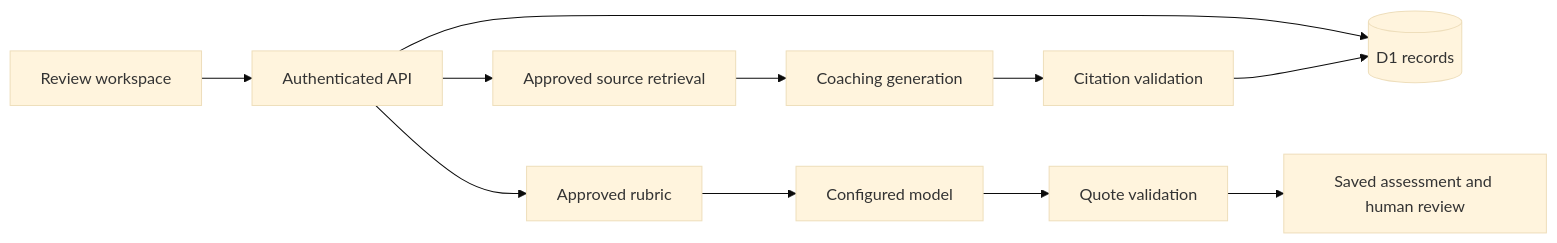
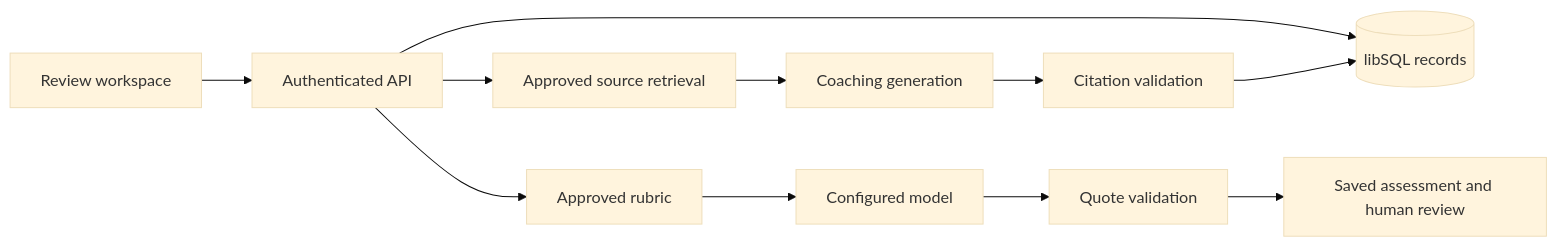
Before and after one commit to ChariPramod/consultiq: the diagram in docs/IMPLEMENTATION.md, drawn with Mermaid (base theme). The commit also changed other lines of this file and 31 other files, not shown here.

Commit message:
Migrate ConsultIQ to Next.js on Vercel with verified auth and libSQL

````diff
--- a/docs/IMPLEMENTATION.md
+++ b/docs/IMPLEMENTATION.md
@@ -7,13 +7,13 @@
 ```mermaid
 flowchart LR
   UI[Review workspace] --> API[Authenticated API]
-  API --> DB[(D1 records)]
+  API --> DB[(libSQL records)]
   API --> R[Approved rubric]
   R --> M[Configured model]
   M --> V[Quote validation]
   V --> H[Saved assessment and human review]
   API --> K[Approved source retrieval]
   K --> C[Coaching generation]
   C --> Q[Citation validation]
   Q --> DB
 ```
````
